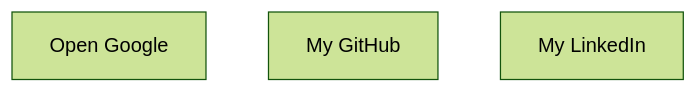
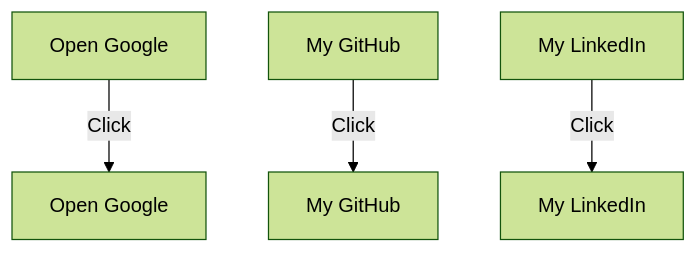
Before and after one commit to naseraljed-star/my_site: the diagram in docs/developer-guide.md, drawn with Mermaid (forest theme). The commit also changed other lines of this file and 2 other files, not shown here.

````diff
--- a/docs/developer-guide.md
+++ b/docs/developer-guide.md
@@ -15,6 +14,10 @@
 ```mermaid
 flowchart TD
     A[Open Google]
     B[My GitHub]
     C[My LinkedIn]
+    
+    A -->|Click| D[Open Google]
+    B -->|Click| E[My GitHub]
+    C -->|Click| F[My LinkedIn]
 ```
````
